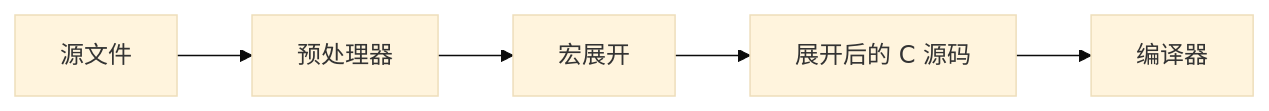
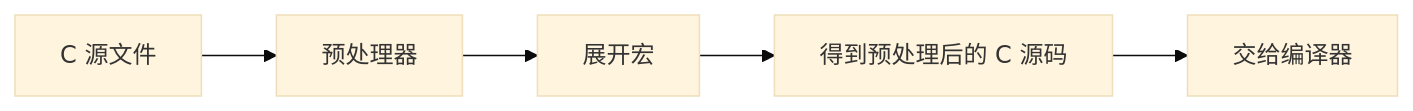
The second of 4 diagrams in C语言圣经/c-language-basics.md (shanchuann/TheGitbookLibrary), drawn with Mermaid (base theme) before and after one commit. The commit also changed other lines of this file and 8 other files, not shown here.

````diff
--- a/C语言圣经/c-language-basics.md
+++ b/C语言圣经/c-language-basics.md
@@ -38,7 +79,7 @@
 ```mermaid
 flowchart LR
-    A[源文件] --> B[预处理器]
-    B --> C[宏展开]
-    C --> D[展开后的 C 源码]
-    D --> E[编译器]
+    A["C 源文件"] --> B["预处理器"]
+    B --> C["展开宏"]
+    C --> D["得到预处理后的 C 源码"]
+    D --> E["交给编译器"]
 ```
````
